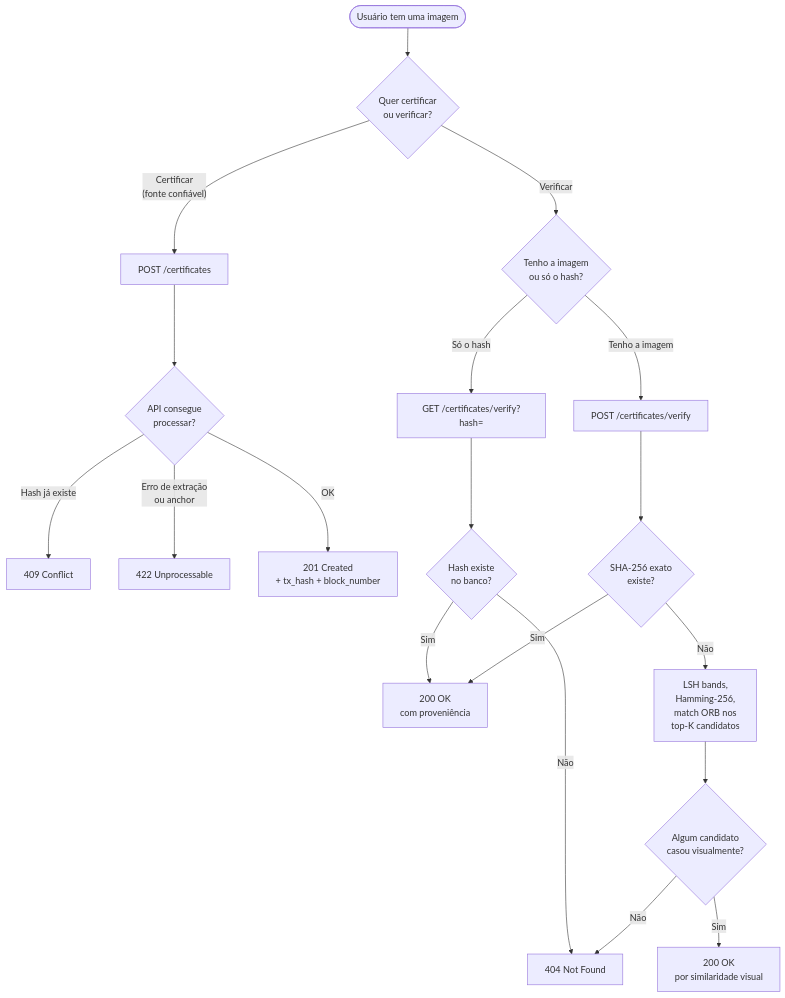
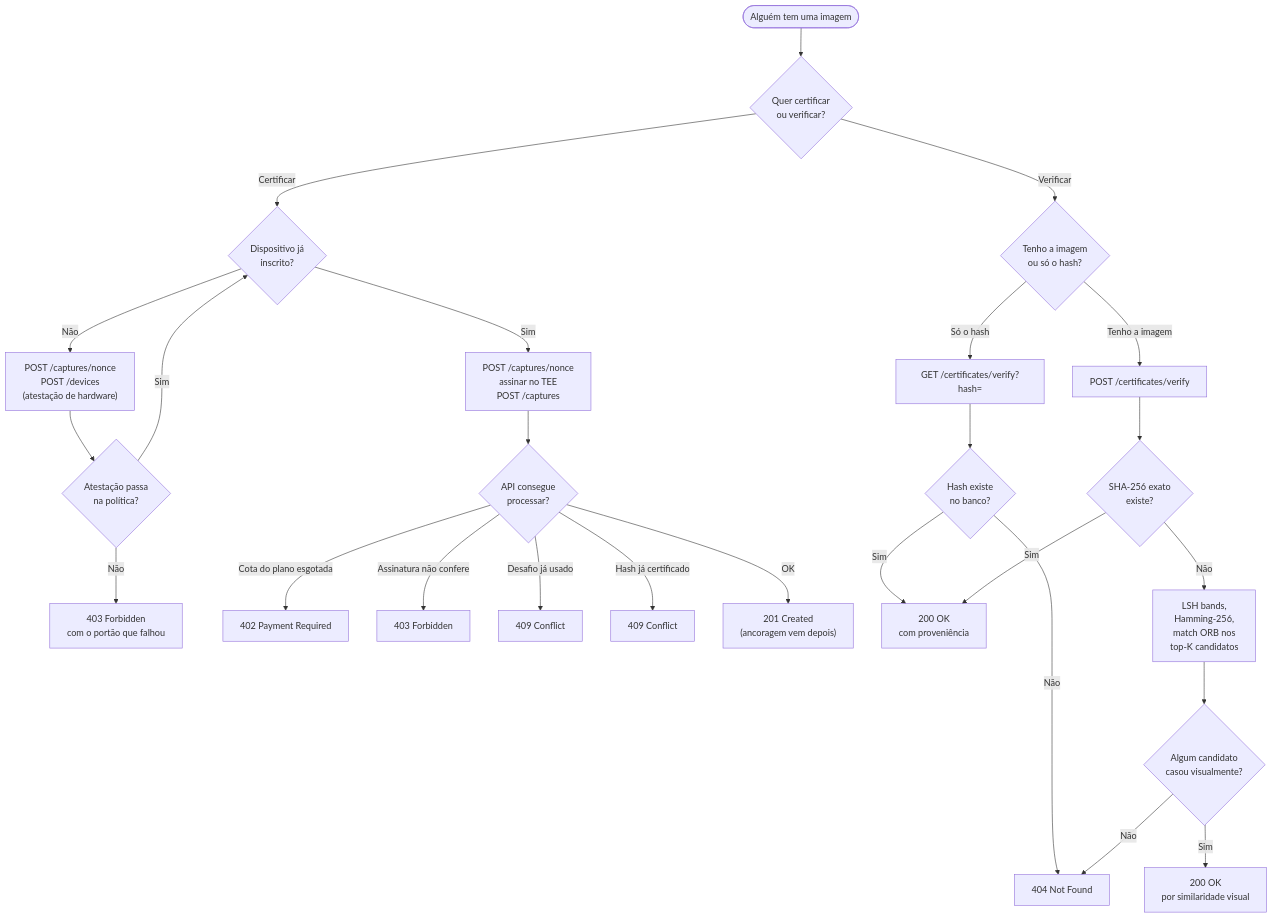
One commit to waizbart/aletheia-api changed the first of 3 diagrams in docs/USAGE_FLOW.md. Above: the diagram before and after it, drawn with Mermaid. The commit also changed other lines of this file and 93 other files, not shown here.

````diff
--- a/docs/USAGE_FLOW.md
+++ b/docs/USAGE_FLOW.md
@@ -9,24 +9,31 @@
 ```mermaid
 flowchart TD
-    START(["Usuário tem uma imagem"]) --> Q1{Quer certificar<br/>ou verificar?}
+    START(["Alguém tem uma imagem"]) --> Q1{Quer certificar<br/>ou verificar?}
 
-    Q1 -- "Certificar<br/>(fonte confiável)" --> C1["POST /certificates"]
+    Q1 -- "Certificar" --> C0{Dispositivo já<br/>inscrito?}
+    C0 -- "Não" --> C_ENR["POST /captures/nonce<br/>POST /devices<br/>(atestação de hardware)"]
+    C_ENR --> C_ENR_R{Atestação passa<br/>na política?}
+    C_ENR_R -- "Não" --> C_403["403 Forbidden<br/>com o portão que falhou"]
+    C_ENR_R -- "Sim" --> C0
+    C0 -- "Sim" --> C1["POST /captures/nonce<br/>assinar no TEE<br/>POST /captures"]
     C1 --> C2{API consegue<br/>processar?}
-    C2 -- "Hash já existe" --> C_DUP["409 Conflict"]
-    C2 -- "Erro de extração<br/>ou anchor" --> C_ERR["422 Unprocessable"]
-    C2 -- "OK" --> C3["201 Created<br/>+ tx_hash + block_number"]
+    C2 -- "Cota do plano esgotada" --> C_402["402 Payment Required"]
+    C2 -- "Assinatura não confere" --> C_SIG["403 Forbidden"]
+    C2 -- "Desafio já usado" --> C_409["409 Conflict"]
+    C2 -- "Hash já certificado" --> C_DUP["409 Conflict"]
+    C2 -- "OK" --> C3["201 Created<br/>(ancoragem vem depois)"]
 
     Q1 -- "Verificar" --> V0{Tenho a imagem<br/>ou só o hash?}
     V0 -- "Só o hash" --> V_H["GET /certificates/verify?hash="]
     V_H --> V_H_R{Hash existe<br/>no banco?}
     V_H_R -- "Sim" --> V_OK["200 OK<br/>com proveniência"]
     V_H_R -- "Não" --> V_NO["404 Not Found"]
 
     V0 -- "Tenho a imagem" --> V_F["POST /certificates/verify"]
     V_F --> V_F1{SHA-256 exato<br/>existe?}
     V_F1 -- "Sim" --> V_OK
     V_F1 -- "Não" --> V_F3["LSH bands,<br/>Hamming-256,<br/>match ORB nos<br/>top-K candidatos"]
     V_F3 --> V_F4{Algum candidato<br/>casou visualmente?}
     V_F4 -- "Sim" --> V_OK_SIM["200 OK<br/>por similaridade visual"]
     V_F4 -- "Não" --> V_NO
 ```
````
